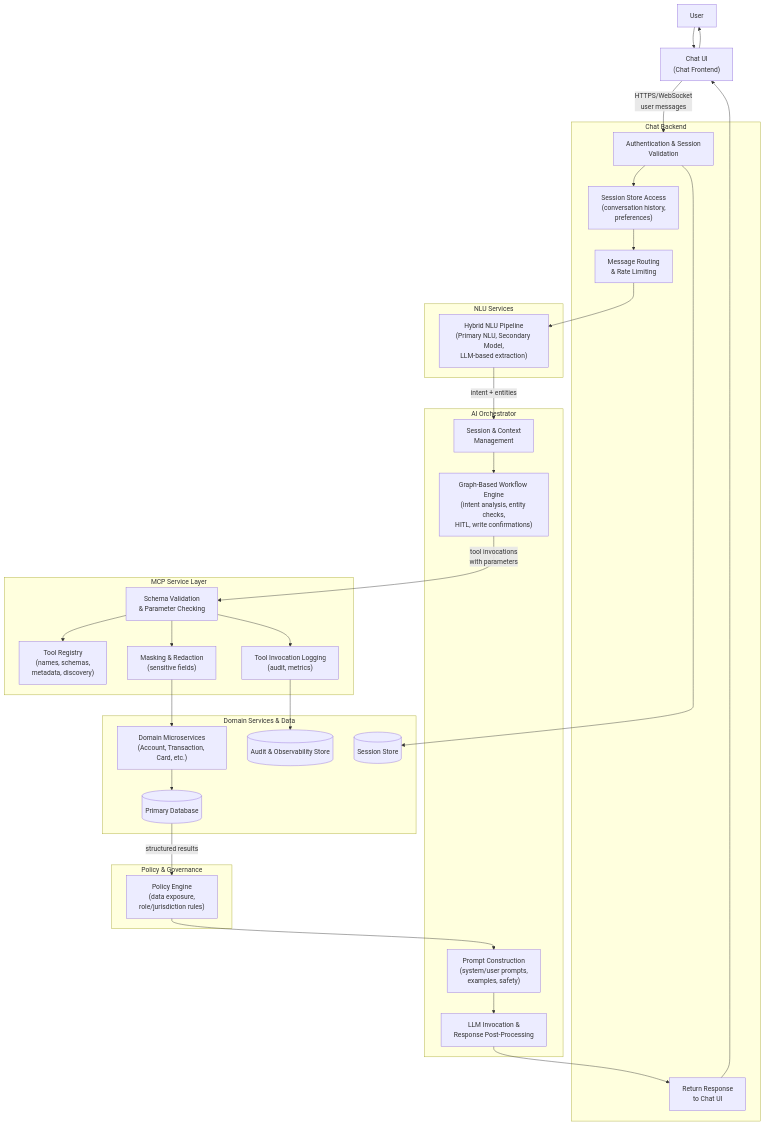
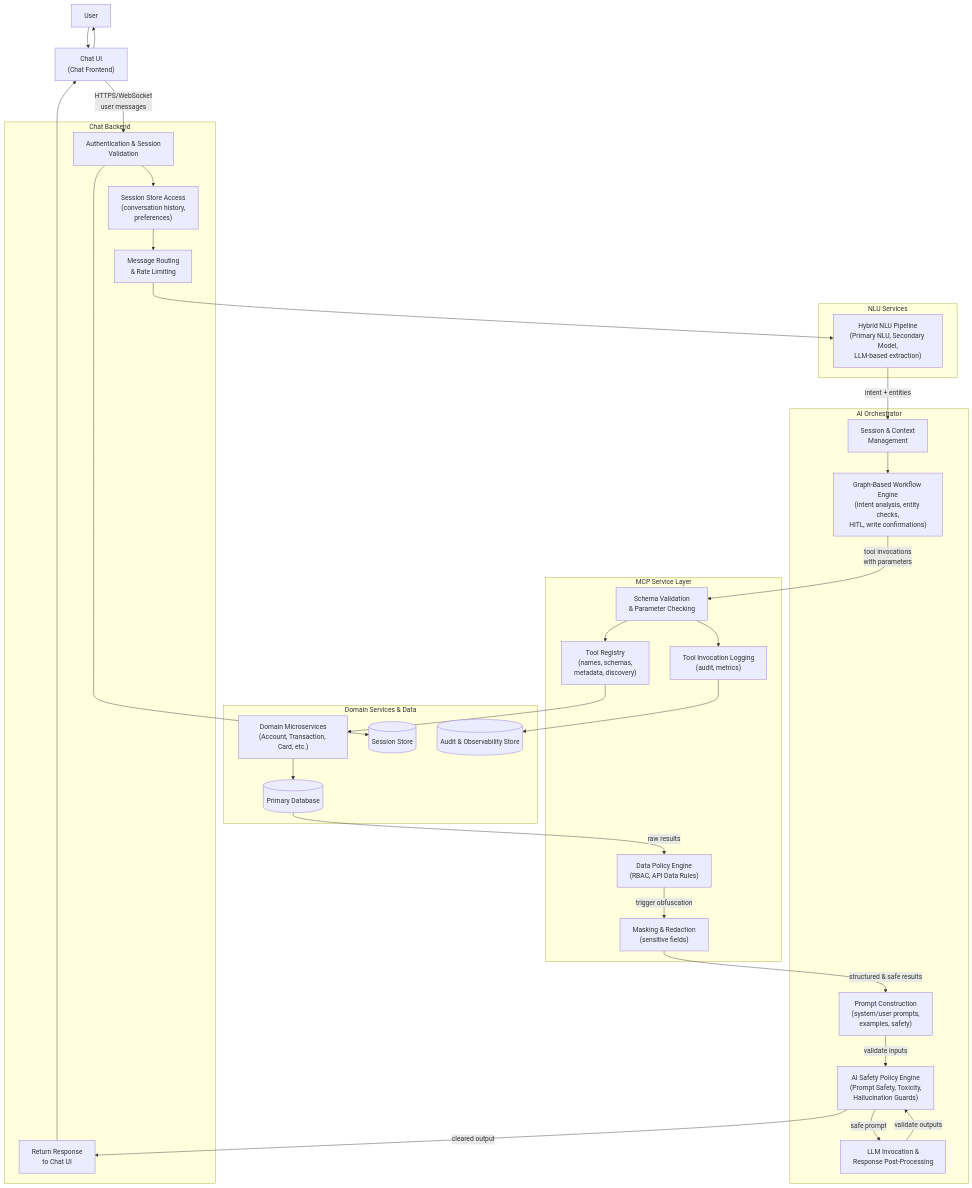
The first of 3 diagrams in docs/archive/white+paper_banking_chat.md (kishorekota-dev/map_demo), drawn with Mermaid before and after one commit. The commit also changed other lines of this file, not shown here.

````diff
--- a/docs/archive/white+paper_banking_chat.md
+++ b/docs/archive/white+paper_banking_chat.md
@@ -80,64 +80,64 @@
 ```mermaid
 flowchart TD
   U[User] --> UI["Chat UI<br/>(Chat Frontend)"]
 
   subgraph Backend["Chat Backend"]
     AUTH["Authentication & Session<br/>Validation"]
     SESS["Session Store Access<br/>(conversation history,<br/>preferences)"]
     ROUTE["Message Routing<br/>& Rate Limiting"]
     OUT["Return Response<br/>to Chat UI"]
   end
 
   subgraph NLULayer["NLU Services"]
     NLU_PIPE["Hybrid NLU Pipeline<br/>(Primary NLU, Secondary Model,<br/>LLM-based extraction)"]
   end
 
   subgraph Orchestrator["AI Orchestrator"]
     CTX["Session & Context<br/>Management"]
     WF["Graph-Based Workflow Engine<br/>(intent analysis, entity checks,<br/>HITL, write confirmations)"]
     PROMPTS["Prompt Construction<br/>(system/user prompts,<br/>examples, safety)"]
+    POLICY_AI["AI Safety Policy Engine<br/>(Prompt Safety, Toxicity,<br/>Hallucination Guards)"]
     RESP["LLM Invocation &<br/>Response Post-Processing"]
   end
 
   subgraph MCP["MCP Service Layer"]
     VAL["Schema Validation<br/>& Parameter Checking"]
     REG["Tool Registry<br/>(names, schemas,<br/>metadata, discovery)"]
+    POLICY_MCP["Data Policy Engine<br/>(RBAC, API Data Rules)"]
     MASK["Masking & Redaction<br/>(sensitive fields)"]
     LOG["Tool Invocation Logging<br/>(audit, metrics)"]
   end
 
   subgraph Domain["Domain Services & Data"]
     SVC["Domain Microservices<br/>(Account, Transaction, Card, etc.)"]
     DB[("Primary Database")]
     SSTORE[("Session Store")]
     AUDIT[("Audit & Observability Store")]
-  end
-
-  subgraph PolicyLayer["Policy & Governance"]
-    POLICY["Policy Engine<br/>(data exposure,<br/>role/jurisdiction rules)"]
   end
 
   UI -->|HTTPS/WebSocket<br/>user messages| AUTH
   AUTH --> SESS
   AUTH --> SSTORE
   SESS --> ROUTE
   ROUTE --> NLU_PIPE
   NLU_PIPE -->|intent + entities| CTX
   CTX --> WF
 
   WF -->|tool invocations<br/>with parameters| VAL
   VAL --> REG
-  VAL --> MASK
   VAL --> LOG
   LOG --> AUDIT
 
-  MASK --> SVC
+  REG --> SVC
   SVC --> DB
-  DB -->|structured results| POLICY
+  DB -->|raw results| POLICY_MCP
+  POLICY_MCP -->|trigger obfuscation| MASK
+  MASK -->|structured & safe results| PROMPTS
 
-  POLICY --> PROMPTS
-  PROMPTS --> RESP
-  RESP --> OUT
+  PROMPTS -->|validate inputs| POLICY_AI
+  POLICY_AI -->|safe prompt| RESP
+  RESP -->|validate outputs| POLICY_AI
+  POLICY_AI -->|cleared output| OUT
   OUT --> UI
   UI --> U
 ```
````
